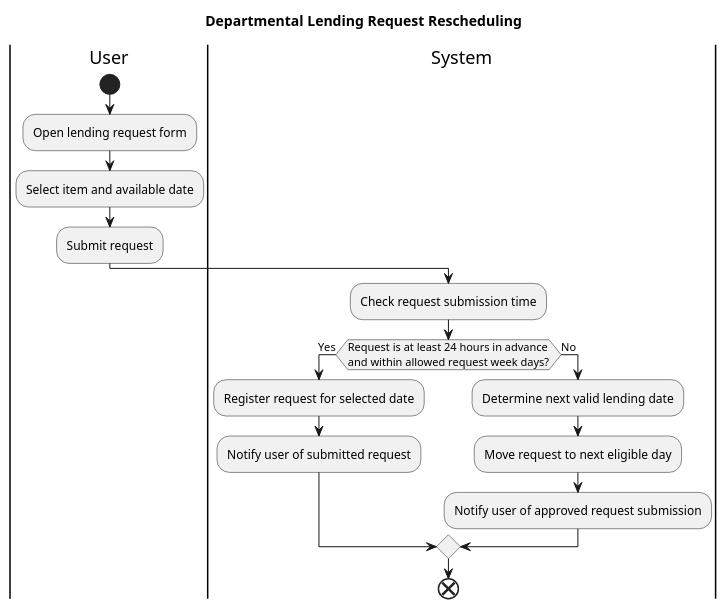
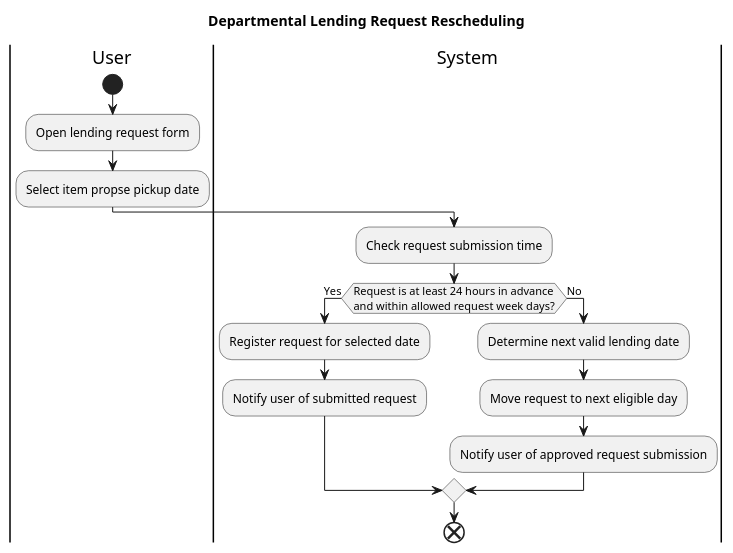
One commit to JanPerez35/PlantUML changed the diagram in activityDiagrams/Departmental Lending Request Rescheduling.puml. Above: the diagram before and after it, drawn with PlantUML. The commit also changed 26 other files, not shown here.

Commit message:
Updates use case diagrams and activity diagrams

```diff
--- a/activityDiagrams/Departmental Lending Request Rescheduling.puml
+++ b/activityDiagrams/Departmental Lending Request Rescheduling.puml
@@ -1,23 +1,22 @@
 @startuml
 title Departmental Lending Request Rescheduling
 
 |User|
 start
 :Open lending request form;
-:Select item and available date;
-:Submit request;
+:Select item propse pickup date;
 
 |System|
 :Check request submission time;
 
 if (Request is at least 24 hours in advance\nand within allowed request week days?) then (Yes)
   :Register request for selected date;
   :Notify user of submitted request;
 else (No)
   :Determine next valid lending date;
   :Move request to next eligible day;
   :Notify user of approved request submission;
 endif
 
 end
 @enduml
```
